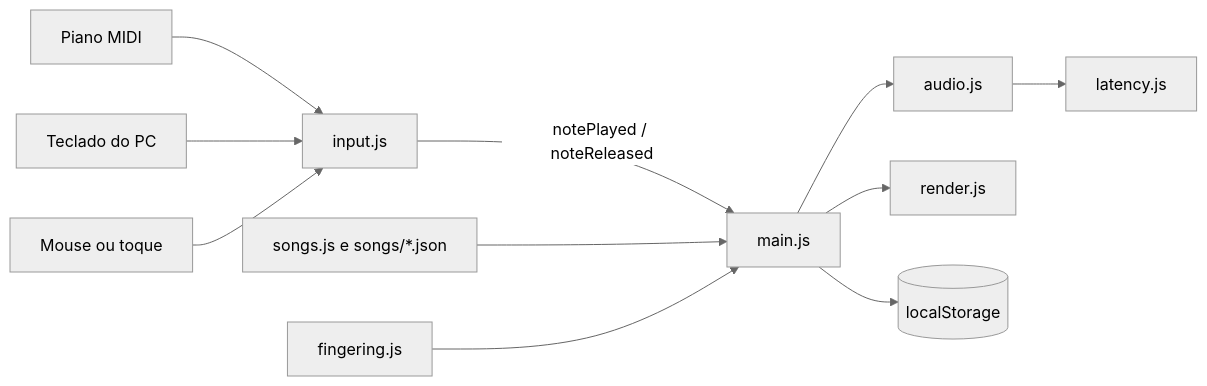
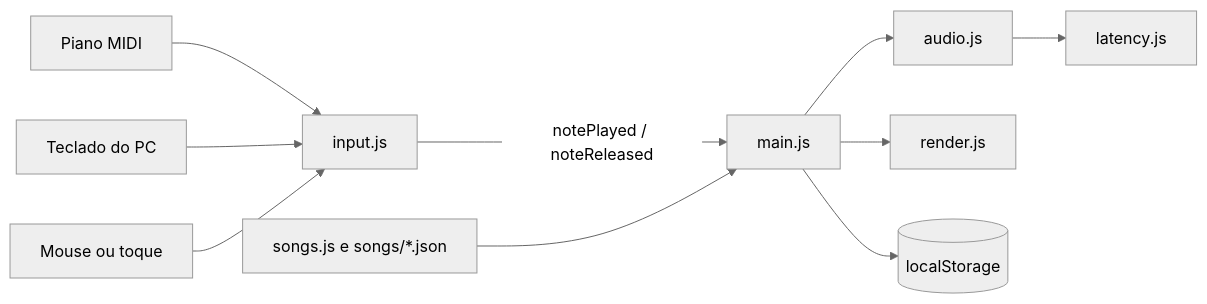
Before and after one commit to WellintonSCH/piano-hero: the diagram in docs/arquitetura.md, drawn with Mermaid (neutral theme). The commit also changed other lines of this file and 23 other files, not shown here.

````diff
--- a/docs/arquitetura.md
+++ b/docs/arquitetura.md
@@ -15,13 +15,12 @@
 ```mermaid
 flowchart LR
     MIDI[Piano MIDI] --> IN[input.js]
     KB[Teclado do PC] --> IN
     PT[Mouse ou toque] --> IN
     IN -- "notePlayed / noteReleased" --> MAIN[main.js]
     SONGS[songs.js e songs/*.json] --> MAIN
-    FING[fingering.js] --> MAIN
     MAIN --> AUDIO[audio.js]
     MAIN --> RENDER[render.js]
     MAIN --> LS[(localStorage)]
     AUDIO --> LAT[latency.js]
 ```
````
